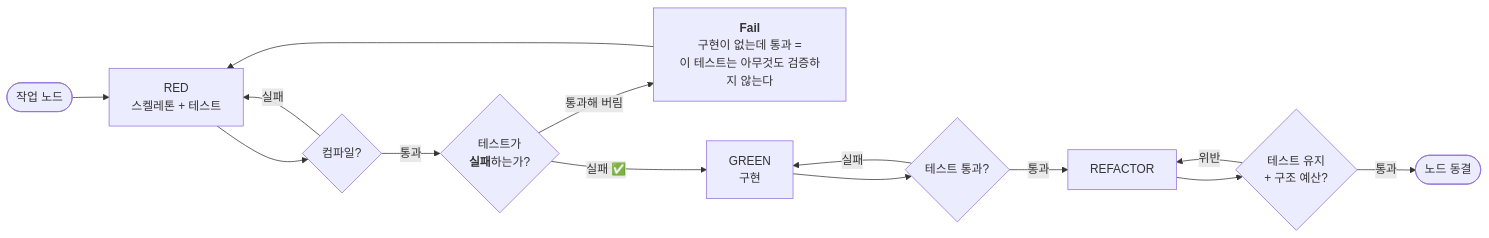
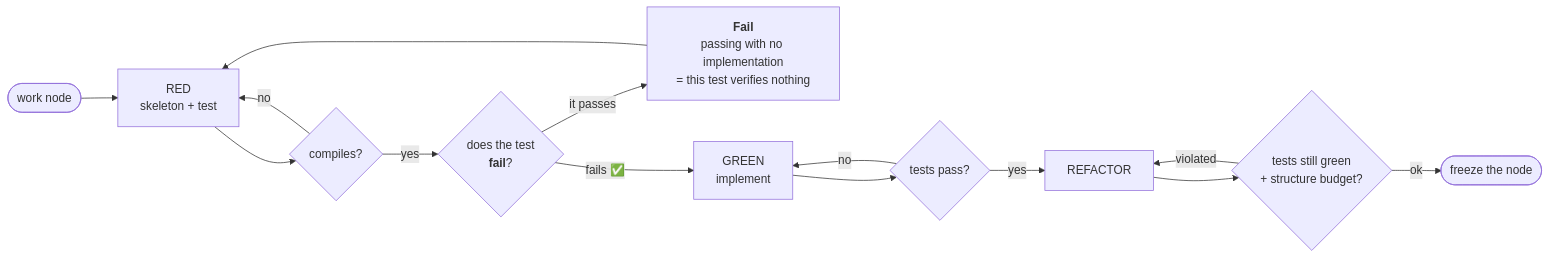
Before and after one commit to SeoBYP/GameDev-AgentLoop: the fourth of 11 diagrams in docs/ARCHITECTURE.md, drawn with Mermaid. The commit also changed other lines of this file and 21 other files, not shown here.

First line of the commit message:
오픈소스화 3단계 — 런타임 출력 영어 통일 + ARCHITECTURE 영어판

````diff
--- a/docs/ARCHITECTURE.md
+++ b/docs/ARCHITECTURE.md
@@ -208,15 +213,15 @@
 ```mermaid
 flowchart LR
-    S([작업 노드]) --> R["RED<br/>스켈레톤 + 테스트"]
-    R --> RC{"컴파일?"}
-    RC -->|"실패"| R
-    RC -->|"통과"| RT{"테스트가<br/><b>실패</b>하는가?"}
-    RT -->|"통과해 버림"| RV["<b>Fail</b><br/>구현이 없는데 통과 =<br/>이 테스트는 아무것도 검증하지 않는다"] --> R
-    RT -->|"실패 ✅"| G["GREEN<br/>구현"]
-    G --> GT{"테스트 통과?"}
-    GT -->|"실패"| G
-    GT -->|"통과"| RF["REFACTOR"]
-    RF --> RFG{"테스트 유지<br/>+ 구조 예산?"}
-    RFG -->|"위반"| RF
-    RFG -->|"통과"| D([노드 동결])
+    S([work node]) --> R["RED<br/>skeleton + test"]
+    R --> RC{"compiles?"}
+    RC -->|"no"| R
+    RC -->|"yes"| RT{"does the test<br/><b>fail</b>?"}
+    RT -->|"it passes"| RV["<b>Fail</b><br/>passing with no implementation<br/>= this test verifies nothing"] --> R
+    RT -->|"fails ✅"| G["GREEN<br/>implement"]
+    G --> GT{"tests pass?"}
+    GT -->|"no"| G
+    GT -->|"yes"| RF["REFACTOR"]
+    RF --> RFG{"tests still green<br/>+ structure budget?"}
+    RFG -->|"violated"| RF
+    RFG -->|"ok"| D([freeze the node])
 ```
````
